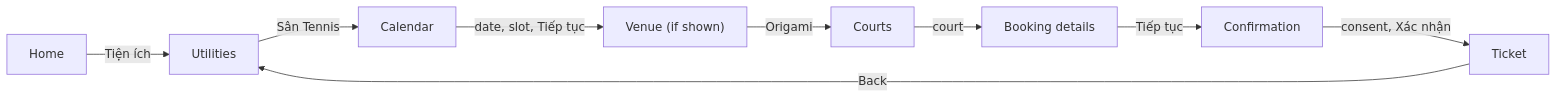
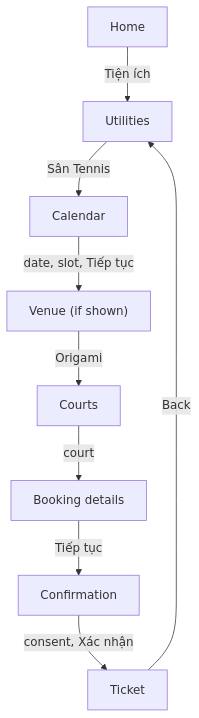
One commit to HauPham-Wts/vh-tennis-booker changed the diagram in README.md. Above: the diagram before and after it, drawn with Mermaid.

Commit message:
docs: draw the README flow top-down so its labels stay readable

````diff
--- a/README.md
+++ b/README.md
@@ -46,11 +46,11 @@
 ```mermaid
-flowchart LR
+flowchart TD
     A[Home] -->|Tiện ích| B[Utilities]
     B -->|Sân Tennis| C[Calendar]
     C -->|date, slot, Tiếp tục| V["Venue (if shown)"]
     V -->|Origami| D[Courts]
     D -->|court| E[Booking details]
     E -->|Tiếp tục| F[Confirmation]
     F -->|consent, Xác nhận| G[Ticket]
     G -->|Back| B
 ```
````
